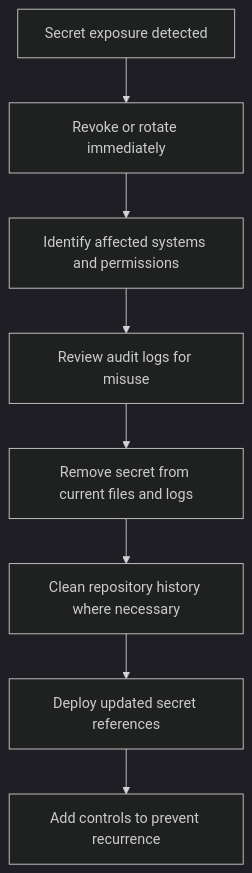
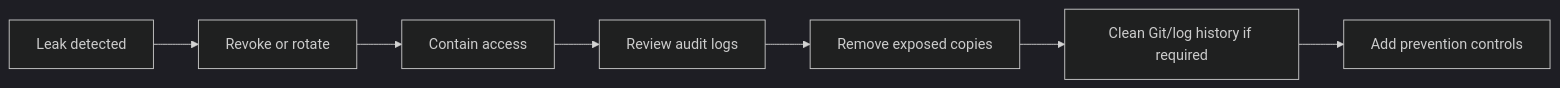
The sixth of 6 diagrams in src/content/security/secrets-management.md (AvadhBhalodiya/Interview-Preparation), drawn with Mermaid (dark theme) before and after one commit. The commit also changed other lines of this file and 54 other files, not shown here.

````diff
--- a/src/content/security/secrets-management.md
+++ b/src/content/security/secrets-management.md
@@ -1216,10 +522,9 @@
 ```mermaid
-flowchart TD
-    A[Secret exposure detected] --> B[Revoke or rotate immediately]
-    B --> C[Identify affected systems and permissions]
-    C --> D[Review audit logs for misuse]
-    D --> E[Remove secret from current files and logs]
-    E --> F[Clean repository history where necessary]
-    F --> G[Deploy updated secret references]
-    G --> H[Add controls to prevent recurrence]
+flowchart LR
+    A[Leak detected] --> B[Revoke or rotate]
+    B --> C[Contain access]
+    C --> D[Review audit logs]
+    D --> E[Remove exposed copies]
+    E --> F[Clean Git/log history if required]
+    F --> G[Add prevention controls]
 ```
````
